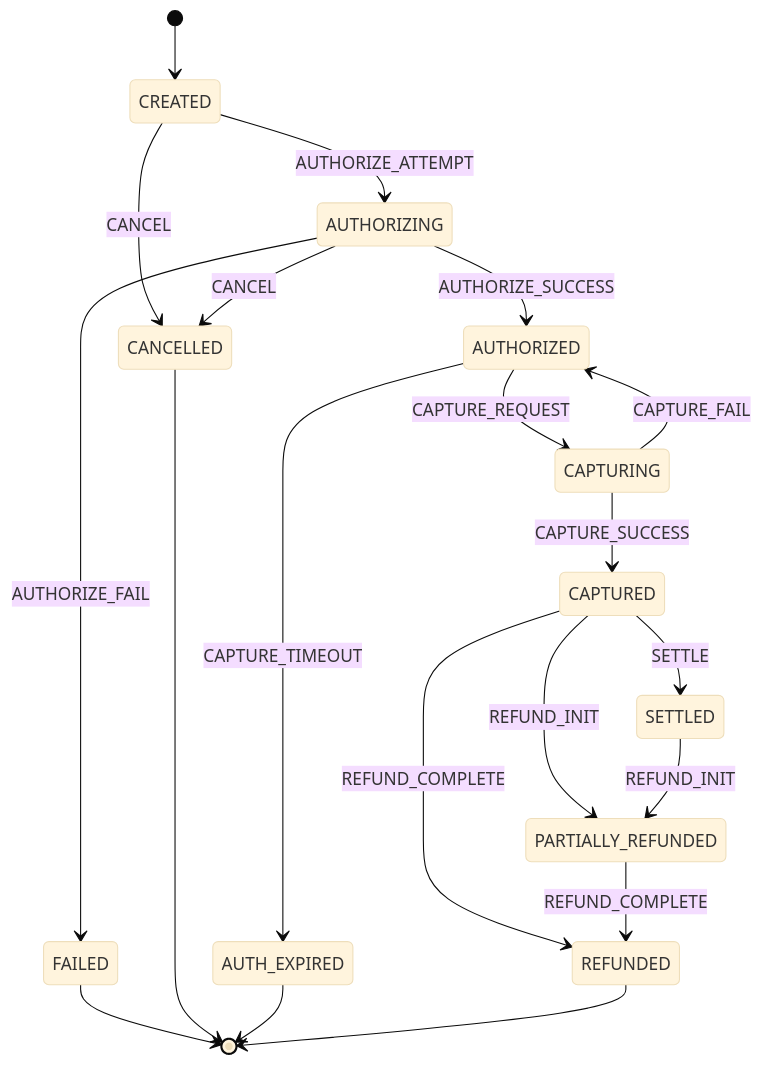
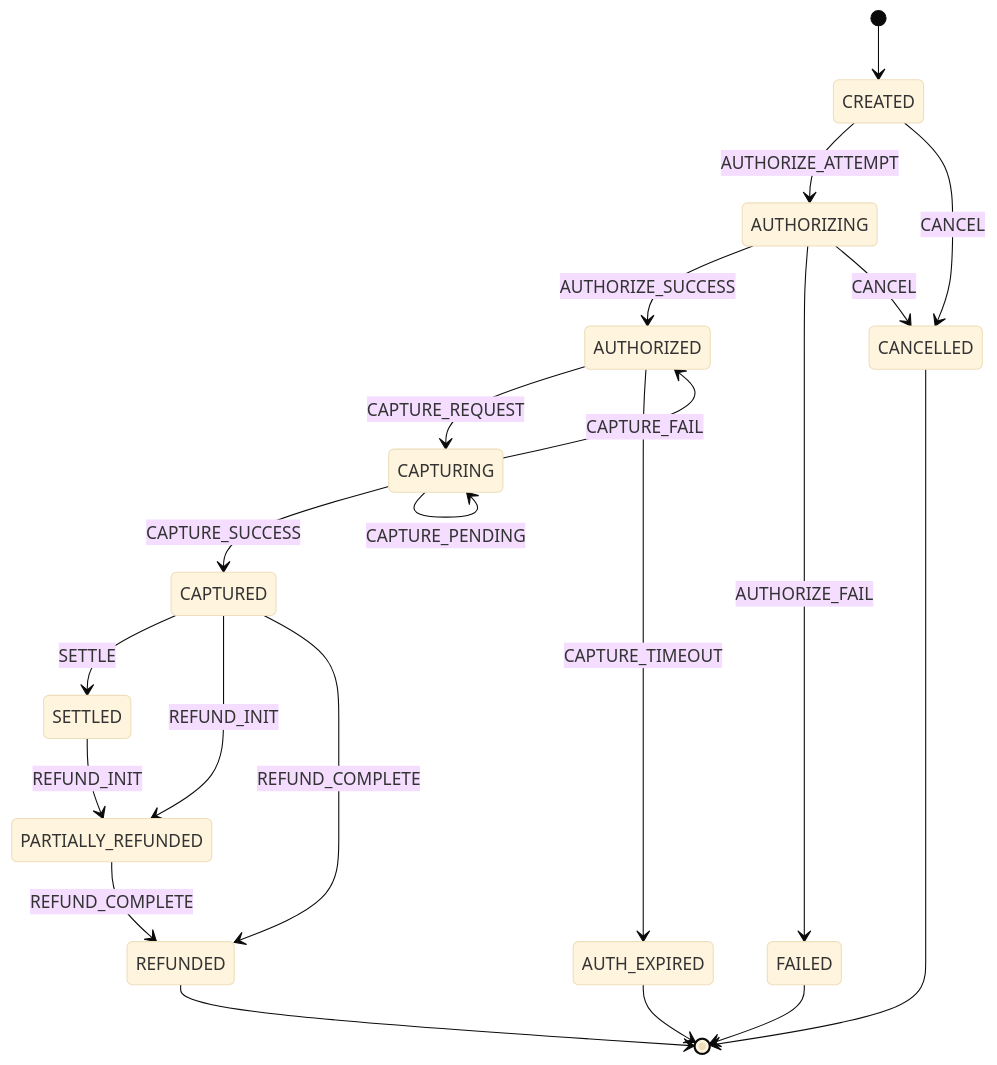
The first of 2 diagrams in docs/domain-vocabulary.md (Divyanshu2805/payflo), drawn with Mermaid (base theme) before and after one commit. The commit also changed other lines of this file and 1 other file, not shown here.

Commit message:
docs: document CAPTURE_PENDING event and its double-capture rationale

````diff
--- a/docs/domain-vocabulary.md
+++ b/docs/domain-vocabulary.md
@@ -55,22 +55,23 @@
 ```mermaid
 stateDiagram-v2
     [*] --> CREATED
     CREATED --> AUTHORIZING: AUTHORIZE_ATTEMPT
     CREATED --> CANCELLED: CANCEL
     AUTHORIZING --> AUTHORIZED: AUTHORIZE_SUCCESS
     AUTHORIZING --> FAILED: AUTHORIZE_FAIL
     AUTHORIZING --> CANCELLED: CANCEL
     AUTHORIZED --> CAPTURING: CAPTURE_REQUEST
     AUTHORIZED --> AUTH_EXPIRED: CAPTURE_TIMEOUT
     CAPTURING --> CAPTURED: CAPTURE_SUCCESS
     CAPTURING --> AUTHORIZED: CAPTURE_FAIL
+    CAPTURING --> CAPTURING: CAPTURE_PENDING
     CAPTURED --> SETTLED: SETTLE
     CAPTURED --> PARTIALLY_REFUNDED: REFUND_INIT
     CAPTURED --> REFUNDED: REFUND_COMPLETE
     SETTLED --> PARTIALLY_REFUNDED: REFUND_INIT
     PARTIALLY_REFUNDED --> REFUNDED: REFUND_COMPLETE
     FAILED --> [*]
     CANCELLED --> [*]
     AUTH_EXPIRED --> [*]
     REFUNDED --> [*]
 ```
````
